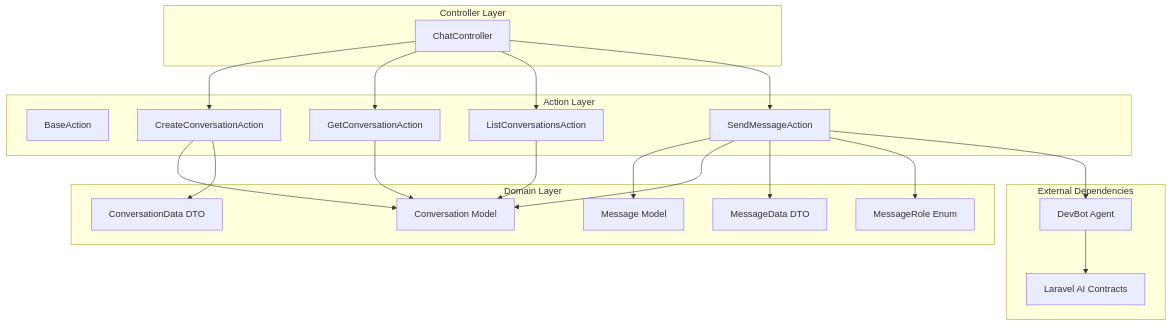
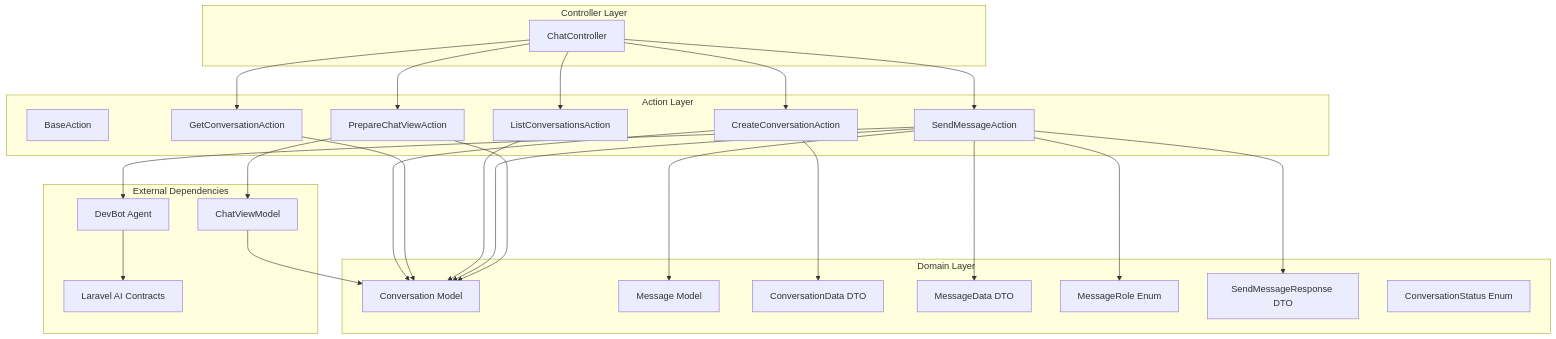
The eighth of 8 diagrams in .qoder/repowiki/en/content/Actions Layer Specification.md (siimliimand/laravel-assistant), drawn with Mermaid before and after one commit. The commit also changed other lines of this file and 8 other files, not shown here.

First line of the commit message:
docs(actions): add PrepareChatViewAction and update architecture docs

````diff
--- a/.qoder/repowiki/en/content/Actions Layer Specification.md
+++ b/.qoder/repowiki/en/content/Actions Layer Specification.md
@@ -311,38 +383,47 @@
 ```mermaid
 graph TB
 subgraph "Controller Layer"
 ChatController[ChatController]
 end
 subgraph "Action Layer"
 BaseAction[BaseAction]
 CreateAction[CreateConversationAction]
 GetAction[GetConversationAction]
 ListAction[ListConversationsAction]
 SendAction[SendMessageAction]
+PrepareAction[PrepareChatViewAction]
 end
 subgraph "Domain Layer"
 Conversation[Conversation Model]
 Message[Message Model]
 ConversationData[ConversationData DTO]
 MessageData[MessageData DTO]
 MessageRole[MessageRole Enum]
+SendMessageResponse[SendMessageResponse DTO]
+ConversationStatus[ConversationStatus Enum]
 end
 subgraph "External Dependencies"
 DevBot[DevBot Agent]
 LaravelAI[Laravel AI Contracts]
+ChatViewModel[ChatViewModel]
 end
 ChatController --> CreateAction
 ChatController --> GetAction
 ChatController --> ListAction
 ChatController --> SendAction
+ChatController --> PrepareAction
 CreateAction --> Conversation
 CreateAction --> ConversationData
 GetAction --> Conversation
 ListAction --> Conversation
 SendAction --> Message
 SendAction --> Conversation
 SendAction --> MessageData
 SendAction --> MessageRole
+SendAction --> SendMessageResponse
 SendAction --> DevBot
+PrepareAction --> Conversation
+PrepareAction --> ChatViewModel
+ChatViewModel --> Conversation
 DevBot --> LaravelAI
 ```
````
